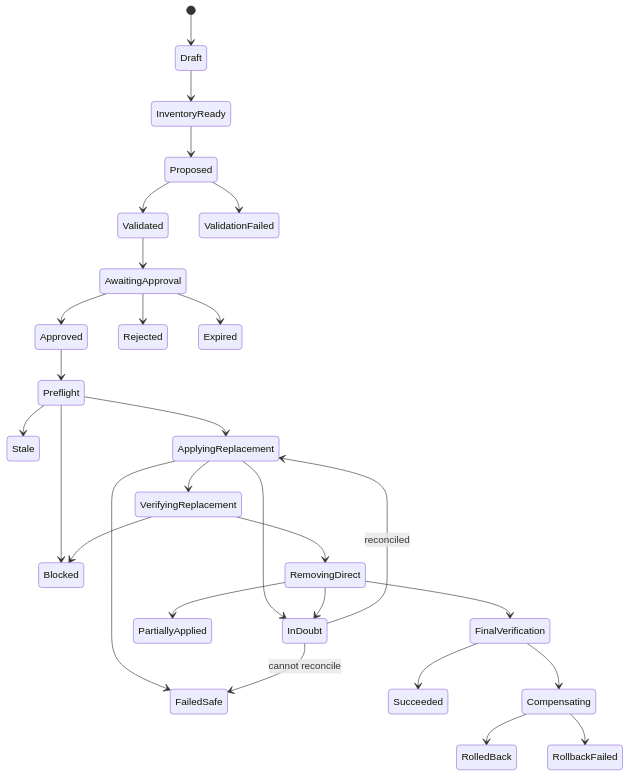
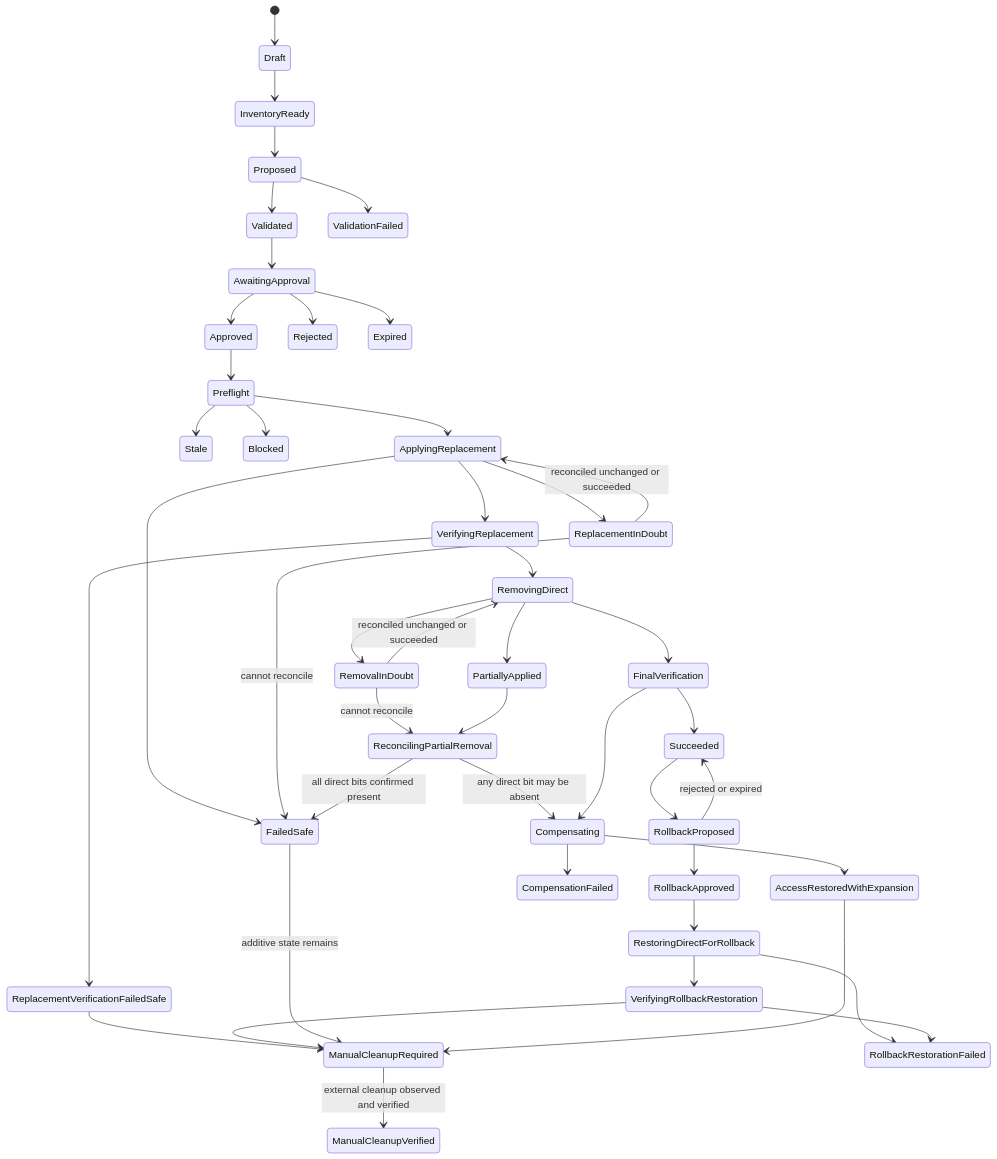
Before and after one commit to Funnybeer123/AdoPermissions: the diagram in docs/MIGRATION-ENGINE.md, drawn with Mermaid. The commit also changed other lines of this file and 18 other files, not shown here.

````diff
--- a/docs/MIGRATION-ENGINE.md
+++ b/docs/MIGRATION-ENGINE.md
@@ -92,30 +129,47 @@
 ```mermaid
 stateDiagram-v2
     [*] --> Draft
     Draft --> InventoryReady
     InventoryReady --> Proposed
     Proposed --> Validated
     Proposed --> ValidationFailed
     Validated --> AwaitingApproval
     AwaitingApproval --> Approved
     AwaitingApproval --> Rejected
     AwaitingApproval --> Expired
     Approved --> Preflight
     Preflight --> Stale
     Preflight --> Blocked
     Preflight --> ApplyingReplacement
-    ApplyingReplacement --> InDoubt
+    ApplyingReplacement --> ReplacementInDoubt
     ApplyingReplacement --> FailedSafe
     ApplyingReplacement --> VerifyingReplacement
-    InDoubt --> ApplyingReplacement: reconciled
-    InDoubt --> FailedSafe: cannot reconcile
-    VerifyingReplacement --> Blocked
+    ReplacementInDoubt --> ApplyingReplacement: reconciled unchanged or succeeded
+    ReplacementInDoubt --> FailedSafe: cannot reconcile
+    VerifyingReplacement --> ReplacementVerificationFailedSafe
+    ReplacementVerificationFailedSafe --> ManualCleanupRequired
     VerifyingReplacement --> RemovingDirect
-    RemovingDirect --> InDoubt
+    RemovingDirect --> RemovalInDoubt
     RemovingDirect --> PartiallyApplied
     RemovingDirect --> FinalVerification
+    RemovalInDoubt --> RemovingDirect: reconciled unchanged or succeeded
+    RemovalInDoubt --> ReconcilingPartialRemoval: cannot reconcile
+    PartiallyApplied --> ReconcilingPartialRemoval
+    ReconcilingPartialRemoval --> Compensating: any direct bit may be absent
+    ReconcilingPartialRemoval --> FailedSafe: all direct bits confirmed present
     FinalVerification --> Succeeded
+    Succeeded --> RollbackProposed
+    RollbackProposed --> RollbackApproved
+    RollbackProposed --> Succeeded: rejected or expired
+    RollbackApproved --> RestoringDirectForRollback
+    RestoringDirectForRollback --> VerifyingRollbackRestoration
+    RestoringDirectForRollback --> RollbackRestorationFailed
+    VerifyingRollbackRestoration --> ManualCleanupRequired
+    VerifyingRollbackRestoration --> RollbackRestorationFailed
     FinalVerification --> Compensating
-    Compensating --> RolledBack
-    Compensating --> RollbackFailed
+    Compensating --> AccessRestoredWithExpansion
+    Compensating --> CompensationFailed
+    FailedSafe --> ManualCleanupRequired: additive state remains
+    AccessRestoredWithExpansion --> ManualCleanupRequired
+    ManualCleanupRequired --> ManualCleanupVerified: external cleanup observed and verified
 ```
````
